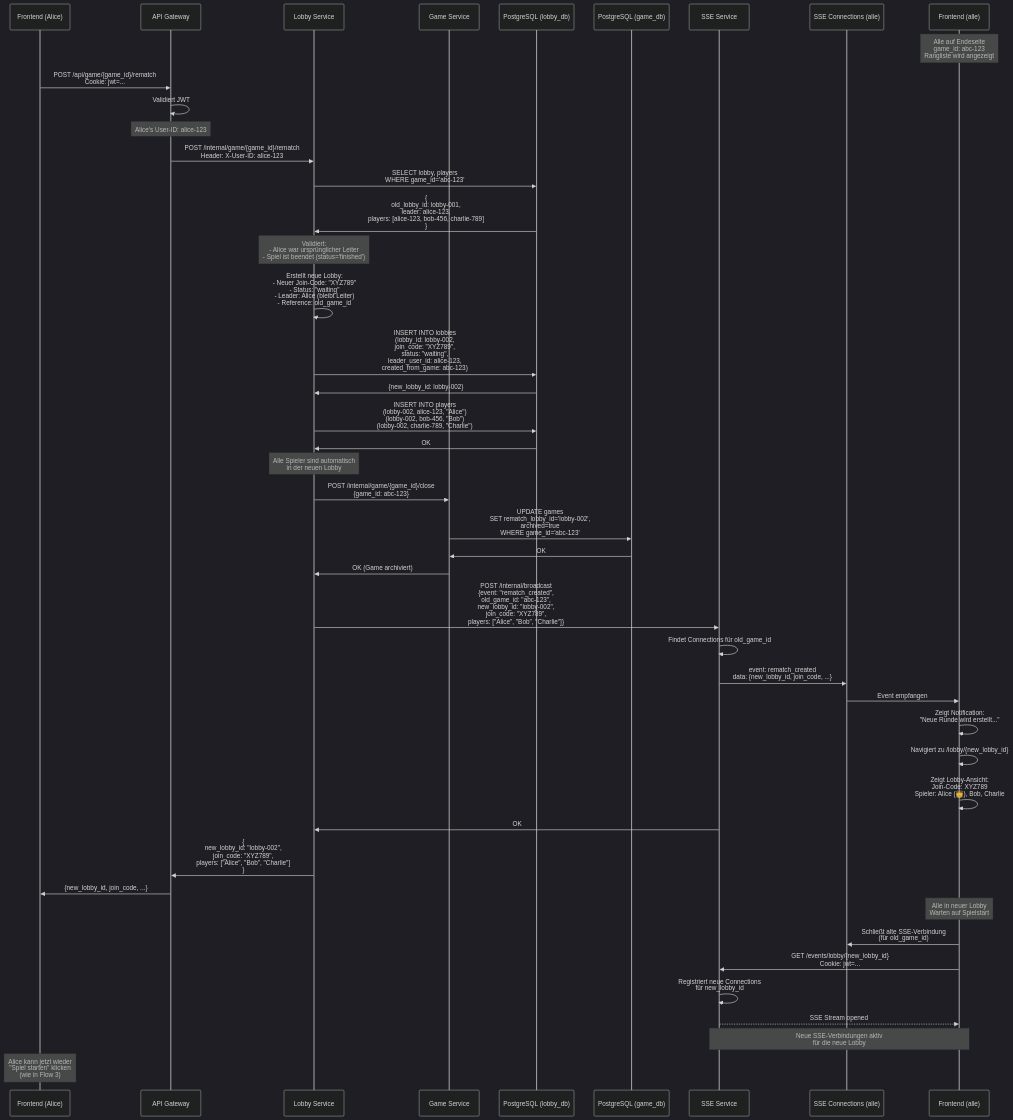
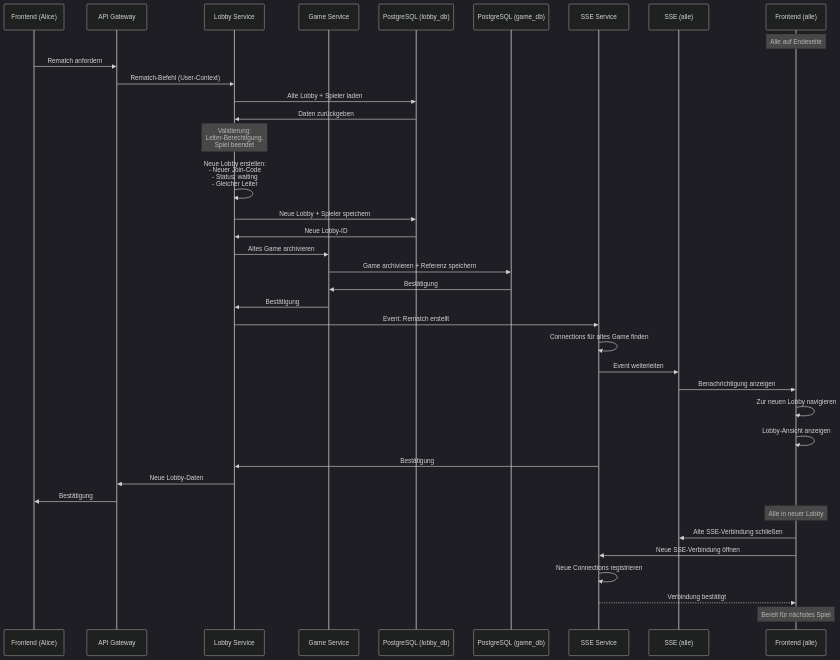
The ninth of 10 diagrams in Sequenzdiagramme.md (KnuffelGame/Project-Management), drawn with Mermaid (dark theme) before and after one commit. The commit also changed other lines of this file, not shown here.

````diff
--- a/Sequenzdiagramme.md
+++ b/Sequenzdiagramme.md
@@ -653,76 +618,54 @@
 ```mermaid
 sequenceDiagram
     participant Frontend_Alice as Frontend (Alice)
     participant Gateway as API Gateway
     participant Lobby as Lobby Service
     participant Game as Game Service
     participant DB_Lobby as PostgreSQL (lobby_db)
     participant DB_Game as PostgreSQL (game_db)
     participant SSE as SSE Service
-    participant SSE_All as SSE Connections (alle)
+    participant SSE_All as SSE (alle)
     participant Frontend_All as Frontend (alle)
 
-    Note over Frontend_All: Alle auf Endeseite<br/>game_id: abc-123<br/>Rangliste wird angezeigt
+    Note over Frontend_All: Alle auf Endeseite
 
-    Frontend_Alice->>Gateway: POST /api/game/{game_id}/rematch<br/>Cookie: jwt=...
+    Frontend_Alice->>Gateway: Rematch anfordern
+    Gateway->>Lobby: Rematch-Befehl (User-Context)
     
-    Gateway->>Gateway: Validiert JWT
-    Note over Gateway: Alice's User-ID: alice-123
+    Lobby->>DB_Lobby: Alte Lobby + Spieler laden
+    DB_Lobby->>Lobby: Daten zurückgeben
     
-    Gateway->>Lobby: POST /internal/game/{game_id}/rematch<br/>Header: X-User-ID: alice-123
+    Note over Lobby: Validierung:<br/>Leiter-Berechtigung,<br/>Spiel beendet
     
-    Lobby->>DB_Lobby: SELECT lobby, players<br/>WHERE game_id='abc-123'
-    DB_Lobby->>Lobby: {<br/>  old_lobby_id: lobby-001,<br/>  leader: alice-123,<br/>  players: [alice-123, bob-456, charlie-789]<br/>}
+    Lobby->>Lobby: Neue Lobby erstellen:<br/>- Neuer Join-Code<br/>- Status: waiting<br/>- Gleicher Leiter
     
-    Note over Lobby: Validiert:<br/>- Alice war ursprünglicher Leiter<br/>- Spiel ist beendet (status='finished')
+    Lobby->>DB_Lobby: Neue Lobby + Spieler speichern
+    DB_Lobby->>Lobby: Neue Lobby-ID
     
-    Lobby->>Lobby: Erstellt neue Lobby:<br/>- Neuer Join-Code: "XYZ789"<br/>- Status: "waiting"<br/>- Leader: Alice (bleibt Leiter)<br/>- Reference: old_game_id
+    Lobby->>Game: Altes Game archivieren
+    Game->>DB_Game: Game archivieren + Referenz speichern
+    DB_Game->>Game: Bestätigung
+    Game->>Lobby: Bestätigung
     
-    Lobby->>DB_Lobby: INSERT INTO lobbies<br/>(lobby_id: lobby-002,<br/>join_code: "XYZ789",<br/>status: "waiting",<br/>leader_user_id: alice-123,<br/>created_from_game: abc-123)
-    DB_Lobby->>Lobby: {new_lobby_id: lobby-002}
+    Lobby->>SSE: Event: Rematch erstellt
     
-    Lobby->>DB_Lobby: INSERT INTO players<br/>(lobby-002, alice-123, "Alice")<br/>(lobby-002, bob-456, "Bob")<br/>(lobby-002, charlie-789, "Charlie")
-    DB_Lobby->>Lobby: OK
+    SSE->>SSE: Connections für altes Game finden
+    SSE->>SSE_All: Event weiterleiten
+    SSE_All->>Frontend_All: Benachrichtigung anzeigen
     
-    Note over Lobby: Alle Spieler sind automatisch<br/>in der neuen Lobby
+    Frontend_All->>Frontend_All: Zur neuen Lobby navigieren
+    Frontend_All->>Frontend_All: Lobby-Ansicht anzeigen
     
-    Lobby->>Game: POST /internal/game/{game_id}/close<br/>{game_id: abc-123}
-    
-    Game->>DB_Game: UPDATE games<br/>SET rematch_lobby_id='lobby-002',<br/>archived=true<br/>WHERE game_id='abc-123'
-    DB_Game->>Game: OK
-    
-    Game->>Lobby: OK (Game archiviert)
-    
-    Lobby->>SSE: POST /internal/broadcast<br/>{event: "rematch_created",<br/>old_game_id: "abc-123",<br/>new_lobby_id: "lobby-002",<br/>join_code: "XYZ789",<br/>players: ["Alice", "Bob", "Charlie"]}
-    
-    SSE->>SSE: Findet Connections für old_game_id
-    
-    SSE->>SSE_All: event: rematch_created<br/>data: {new_lobby_id, join_code, ...}
-    
-    SSE_All->>Frontend_All: Event empfangen
-    
-    Frontend_All->>Frontend_All: Zeigt Notification:<br/>"Neue Runde wird erstellt..."
-    
-    Frontend_All->>Frontend_All: Navigiert zu /lobby/{new_lobby_id}
-    Frontend_All->>Frontend_All: Zeigt Lobby-Ansicht:<br/>Join-Code: XYZ789<br/>Spieler: Alice (👑), Bob, Charlie
-    
-    SSE->>Lobby: OK
-    
-    Lobby->>Gateway: {<br/>  new_lobby_id: "lobby-002",<br/>  join_code: "XYZ789",<br/>  players: ["Alice", "Bob", "Charlie"]<br/>}
-    Gateway->>Frontend_Alice: {new_lobby_id, join_code, ...}
+    SSE->>Lobby: Bestätigung
+    Lobby->>Gateway: Neue Lobby-Daten
+    Gateway->>Frontend_Alice: Bestätigung
 
-    Note over Frontend_All: Alle in neuer Lobby<br/>Warten auf Spielstart
+    Note over Frontend_All: Alle in neuer Lobby
 
-    %% Alte SSE-Verbindungen schließen, neue aufbauen
-    Frontend_All->>SSE_All: Schließt alte SSE-Verbindung<br/>(für old_game_id)
-    
-    Frontend_All->>SSE: GET /events/lobby/{new_lobby_id}<br/>Cookie: jwt=...
-    
-    SSE->>SSE: Registriert neue Connections<br/>für new_lobby_id
-    
-    SSE-->>Frontend_All: SSE Stream opened
-    
-    Note over Frontend_All,SSE: Neue SSE-Verbindungen aktiv<br/>für die neue Lobby
+    Frontend_All->>SSE_All: Alte SSE-Verbindung schließen
+    Frontend_All->>SSE: Neue SSE-Verbindung öffnen
+    SSE->>SSE: Neue Connections registrieren
+    SSE-->>Frontend_All: Verbindung bestätigt
 
-    Note over Frontend_Alice: Alice kann jetzt wieder<br/>"Spiel starten" klicken<br/>(wie in Flow 3)
+    Note over Frontend_All: Bereit für nächstes Spiel
 ```
````
